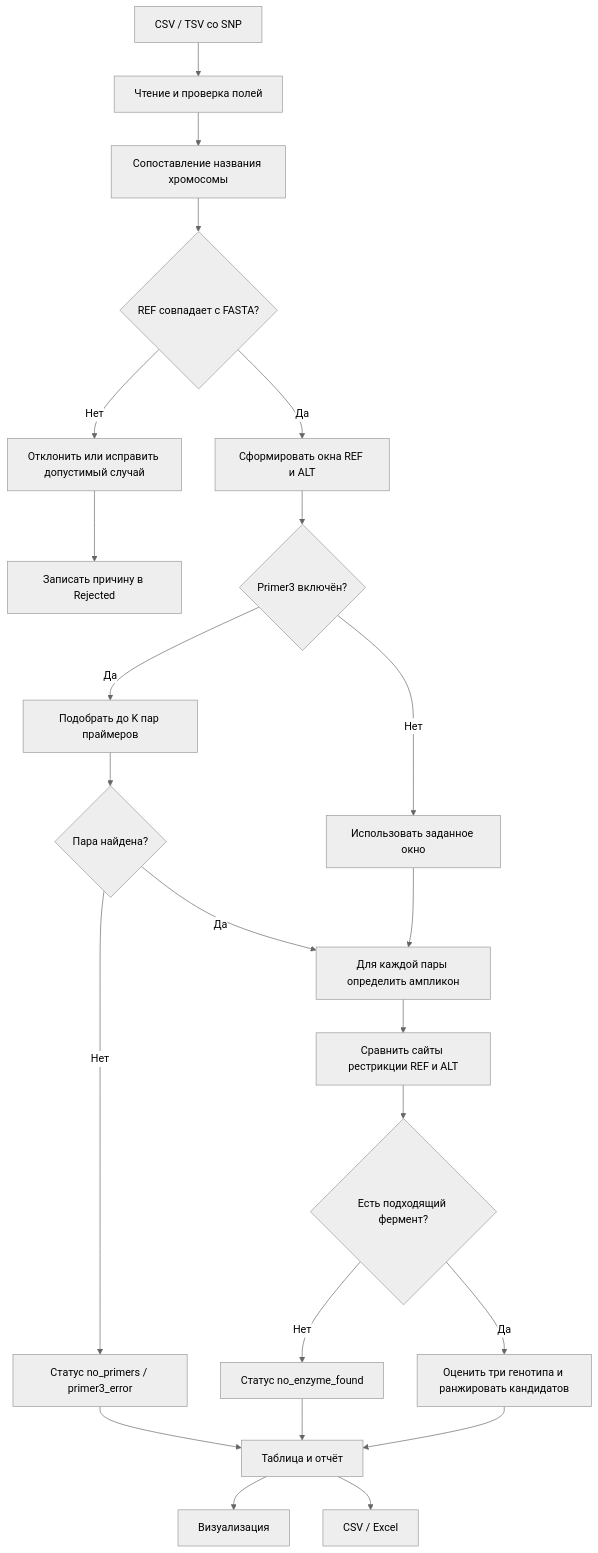
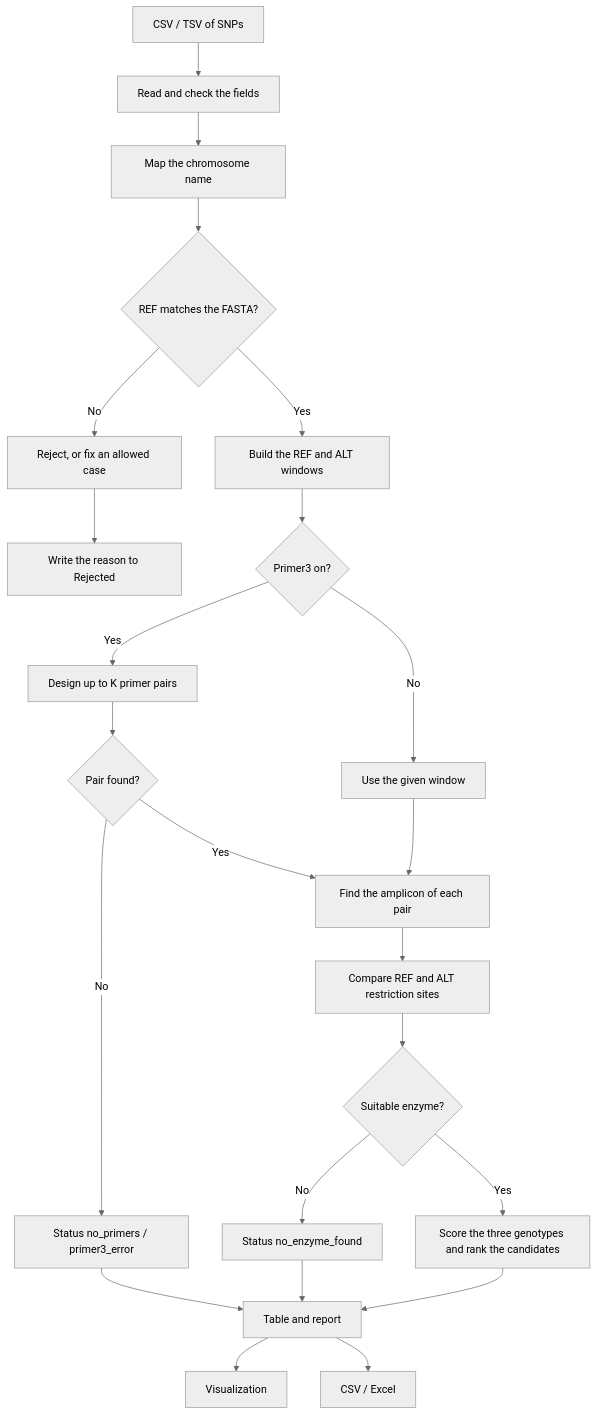
Before and after one commit to adrobi/rflppicker: the diagram in README.md, drawn with Mermaid (neutral theme). The commit also changed other lines of this file and 7 other files, not shown here.

````diff
--- a/README.md
+++ b/README.md
@@ -69,25 +78,25 @@
 ```mermaid
 flowchart TD
-    A[CSV / TSV со SNP] --> B[Чтение и проверка полей]
-    B --> C[Сопоставление названия хромосомы]
-    C --> D{REF совпадает с FASTA?}
-    D -->|Нет| E[Отклонить или исправить допустимый случай]
-    D -->|Да| F[Сформировать окна REF и ALT]
-    E --> G[Записать причину в Rejected]
-    F --> H{Primer3 включён?}
-    H -->|Да| I[Подобрать до K пар праймеров]
-    H -->|Нет| J[Использовать заданное окно]
-    I --> K{Пара найдена?}
-    K -->|Нет| L[Статус no_primers / primer3_error]
-    K -->|Да| M[Для каждой пары определить ампликон]
+    A[CSV / TSV of SNPs] --> B[Read and check the fields]
+    B --> C[Map the chromosome name]
+    C --> D{REF matches the FASTA?}
+    D -->|No| E[Reject, or fix an allowed case]
+    D -->|Yes| F[Build the REF and ALT windows]
+    E --> G[Write the reason to Rejected]
+    F --> H{Primer3 on?}
+    H -->|Yes| I[Design up to K primer pairs]
+    H -->|No| J[Use the given window]
+    I --> K{Pair found?}
+    K -->|No| L[Status no_primers / primer3_error]
+    K -->|Yes| M[Find the amplicon of each pair]
     J --> M
-    M --> N[Сравнить сайты рестрикции REF и ALT]
-    N --> O{Есть подходящий фермент?}
-    O -->|Нет| P[Статус no_enzyme_found]
-    O -->|Да| Q[Оценить три генотипа и ранжировать кандидатов]
-    L --> R[Таблица и отчёт]
+    M --> N[Compare REF and ALT restriction sites]
+    N --> O{Suitable enzyme?}
+    O -->|No| P[Status no_enzyme_found]
+    O -->|Yes| Q[Score the three genotypes and rank the candidates]
+    L --> R[Table and report]
     P --> R
     Q --> R
-    R --> S[Визуализация]
+    R --> S[Visualization]
     R --> T[CSV / Excel]
 ```
````
